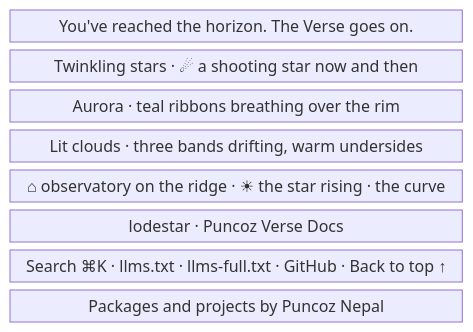
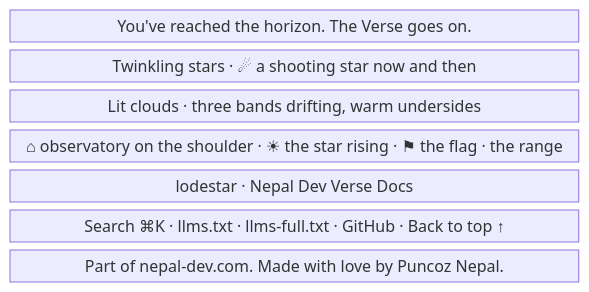
The second of 3 diagrams in content/docs/maintain/app-flow/living-horizon.mdx (nepal-dev-com/docs.nepal-dev.com), drawn with Mermaid before and after one commit. The commit also changed other lines of this file and 145 other files, not shown here.

Commit message:
nepal dev docs

````diff
--- a/content/docs/maintain/app-flow/living-horizon.mdx
+++ b/content/docs/maintain/app-flow/living-horizon.mdx
@@ -53,12 +55,11 @@
 ```mermaid
 block-beta
   columns 4
   closing["You've reached the horizon. The Verse goes on."]:4
   stars["Twinkling stars · ☄ a shooting star now and then"]:4
-  aurora["Aurora · teal ribbons breathing over the rim"]:4
   clouds["Lit clouds · three bands drifting, warm undersides"]:4
-  ridge["⌂ observatory on the ridge · ☀ the star rising · the curve"]:4
-  planets["lodestar · Puncoz Verse Docs"]:4
+  ridge["⌂ observatory on the shoulder · ☀ the star rising · ⚑ the flag · the range"]:4
+  planets["lodestar · Nepal Dev Verse Docs"]:4
   links["Search ⌘K · llms.txt · llms-full.txt · GitHub · Back to top ↑"]:4
-  credit["Packages and projects by Puncoz Nepal"]:4
+  credit["Part of nepal-dev.com. Made with love by Puncoz Nepal."]:4
 ```
````
